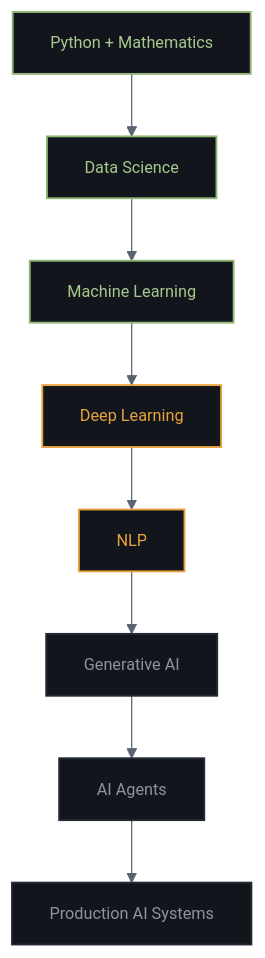
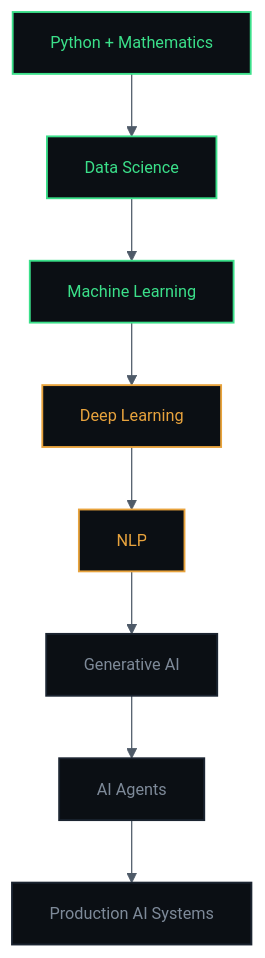
One commit to codewithvikas96-ui/codewithvikas96-ui changed the diagram in README.md. Above: the diagram before and after it, drawn with Mermaid. The commit also changed other lines of this file and 3 other files, not shown here.

````diff
--- a/README.md
+++ b/README.md
@@ -252,19 +252,19 @@
 ```mermaid
-%%{init: {'theme':'base','themeVariables':{'primaryColor':'#12151C','primaryTextColor':'#E9ECF1','primaryBorderColor':'#242A35','lineColor':'#5A6372','fontFamily':'ui-monospace, monospace','fontSize':'13px'}}}%%
+%%{init: {'theme':'base','themeVariables':{'primaryColor':'#0B0F14','primaryTextColor':'#E6EDF3','primaryBorderColor':'#1B2430','lineColor':'#4E5A68','fontFamily':'ui-monospace, monospace','fontSize':'13px'}}}%%
 flowchart TD
     A["Python + Mathematics"] --> B["Data Science"]
     B --> C["Machine Learning"]
     C --> D["Deep Learning"]
     D --> E["NLP"]
     E --> F["Generative AI"]
     F --> G["AI Agents"]
     G --> H["Production AI Systems"]
 
-    classDef done   fill:#12151C,stroke:#8FB573,stroke-width:1.5px,color:#A8C98E;
-    classDef active fill:#12151C,stroke:#E8A33D,stroke-width:1.5px,color:#E8A33D;
-    classDef queued fill:#12151C,stroke:#242A35,stroke-width:1.5px,color:#8B94A3;
+    classDef done   fill:#0B0F14,stroke:#3BE08A,stroke-width:1.5px,color:#3BE08A;
+    classDef active fill:#0B0F14,stroke:#E8A33D,stroke-width:1.5px,color:#E8A33D;
+    classDef queued fill:#0B0F14,stroke:#1B2430,stroke-width:1.5px,color:#7E8A99;
 
     class A,B,C done;
     class D,E active;
     class F,G,H queued;
 ```
````
